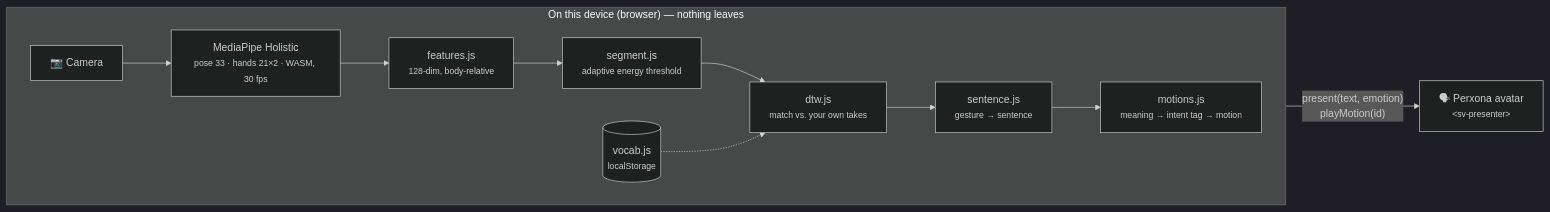
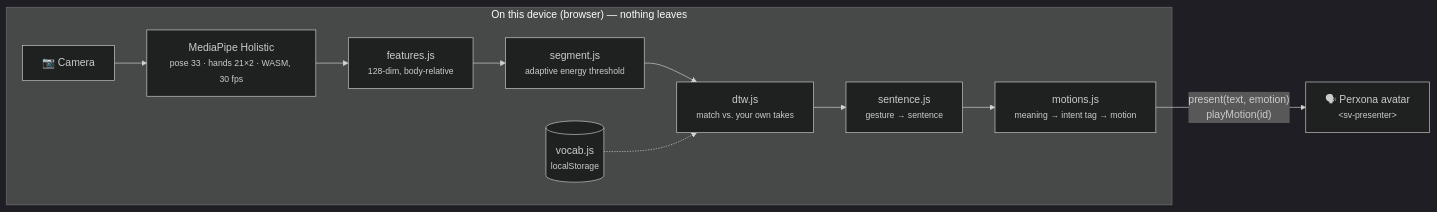
The second of 2 diagrams in README.md (Poyen-Chen/Signer_Avatar), drawn with Mermaid (dark theme) before and after one commit. The commit also changed 1 other file, not shown here.

Commit message:
README: drop the redundant direction inside the subgraph
The flowchart is already LR; restating it inside the subgraph is what left
GitHub rendering the pipeline as an empty box.

Claude-Session: https://claude.ai/code/session_011dZUZWyYCcvETCNvCcmZQv

````diff
--- a/README.md
+++ b/README.md
@@ -173,14 +173,13 @@
 ```mermaid
 flowchart LR
     subgraph device["On this device (browser) — nothing leaves"]
-        direction LR
         CAM["📷 Camera"] --> MP["MediaPipe Holistic<br/><small>pose 33 · hands 21×2 · WASM, 30 fps</small>"]
         MP --> FE["features.js<br/><small>128-dim, body-relative</small>"]
         FE --> SEG["segment.js<br/><small>adaptive energy threshold</small>"]
         SEG --> DTW["dtw.js<br/><small>match vs. your own takes</small>"]
         VOC[("vocab.js<br/><small>localStorage</small>")] -.-> DTW
         DTW --> SEN["sentence.js<br/><small>gesture → sentence</small>"]
         SEN --> MOT["motions.js<br/><small>meaning → intent tag → motion</small>"]
     end
     MOT -->|"present(text, emotion)<br/>playMotion(id)"| AV["🗣 Perxona avatar<br/><small>&lt;sv-presenter&gt;</small>"]
 ```
````
